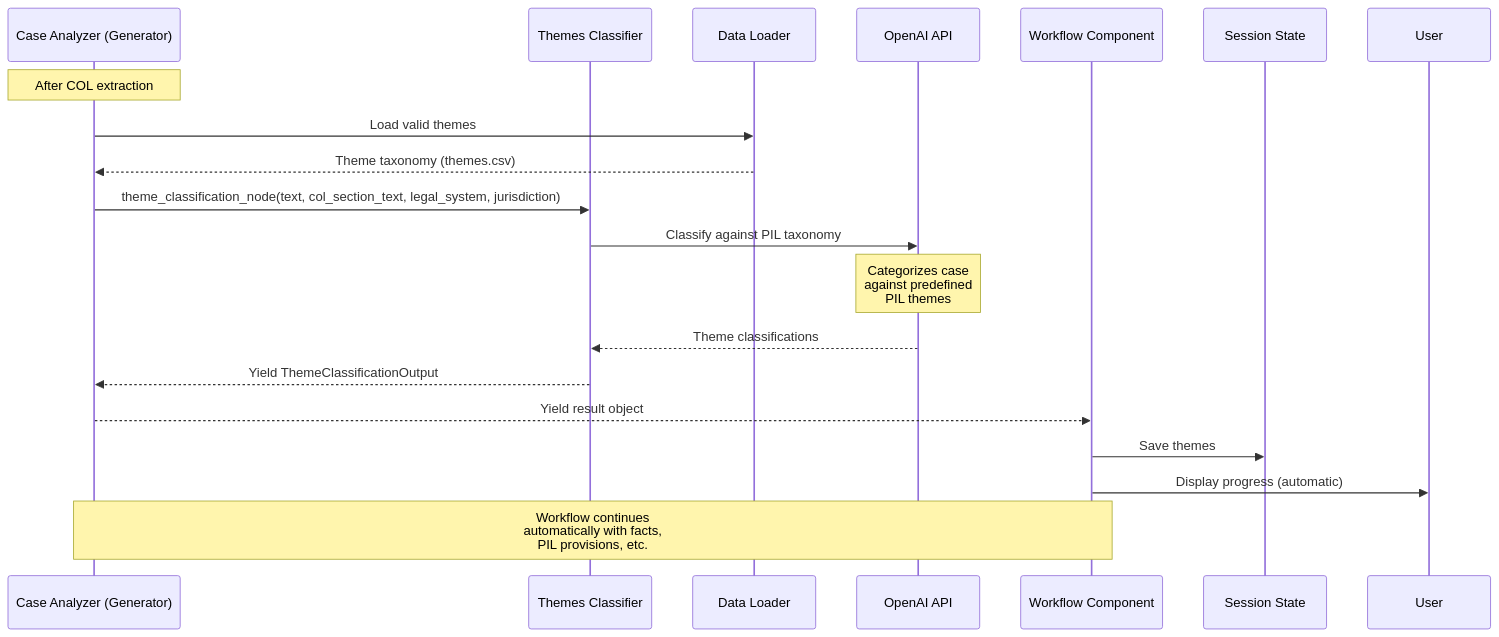
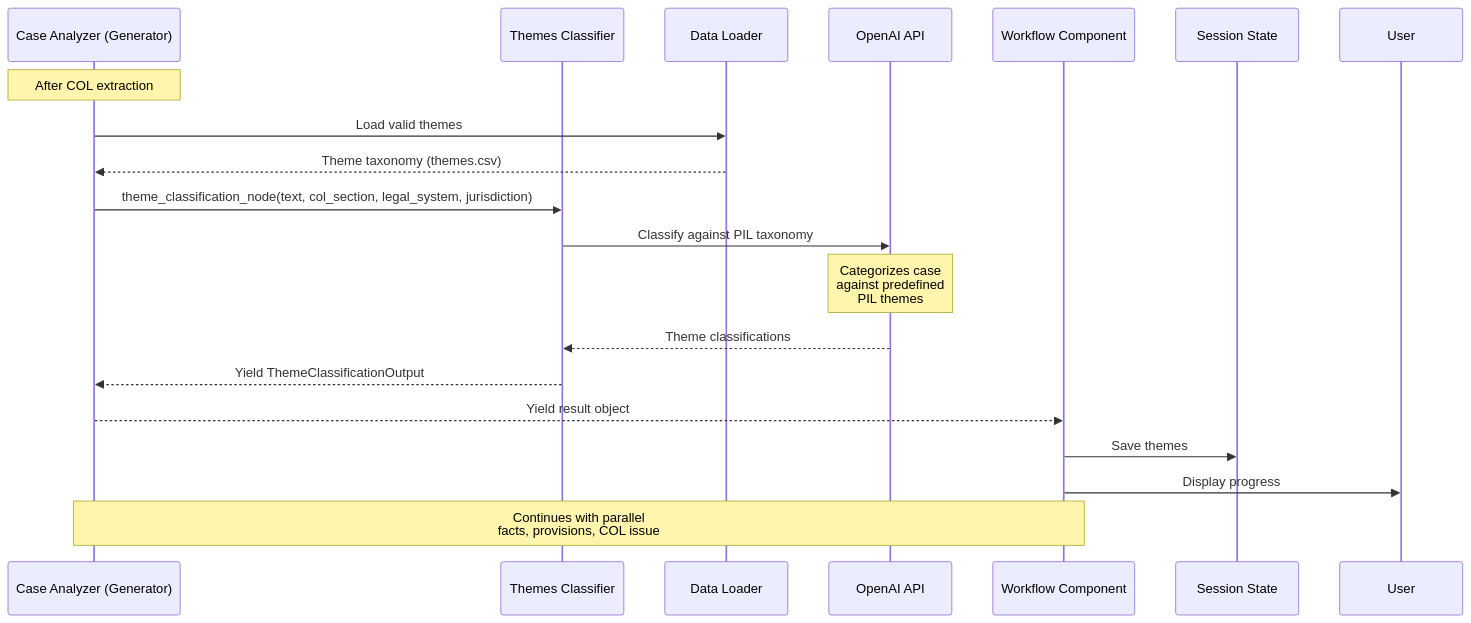
The sixth of 8 diagrams in docs/WORKFLOWS.md (Choice-of-Law-Dataverse/cold-case-analysis), drawn with Mermaid before and after one commit. The commit also changed other lines of this file, not shown here.

Commit message:
Update workflow documentation to reflect parallel COL issue extraction

````diff
--- a/docs/WORKFLOWS.md
+++ b/docs/WORKFLOWS.md
@@ -321,25 +317,25 @@
 ```mermaid
 sequenceDiagram
     participant Generator as Case Analyzer (Generator)
     participant Tool as Themes Classifier
     participant Data as Data Loader
     participant LLM as OpenAI API
     participant UI as Workflow Component
     participant State as Session State
 
     Note over Generator: After COL extraction
     Generator->>Data: Load valid themes
     Data-->>Generator: Theme taxonomy (themes.csv)
     
-    Generator->>Tool: theme_classification_node(text, col_section_text, legal_system, jurisdiction)
+    Generator->>Tool: theme_classification_node(text, col_section, legal_system, jurisdiction)
     Tool->>LLM: Classify against PIL taxonomy
     Note over LLM: Categorizes case<br/>against predefined<br/>PIL themes
     LLM-->>Tool: Theme classifications
     
     Tool-->>Generator: Yield ThemeClassificationOutput
     Generator-->>UI: Yield result object
     UI->>State: Save themes
-    UI->>User: Display progress (automatic)
+    UI->>User: Display progress
     
-    Note over Generator,UI: Workflow continues<br/>automatically with facts,<br/>PIL provisions, etc.
+    Note over Generator,UI: Continues with parallel<br/>facts, provisions, COL issue
 ```
````
